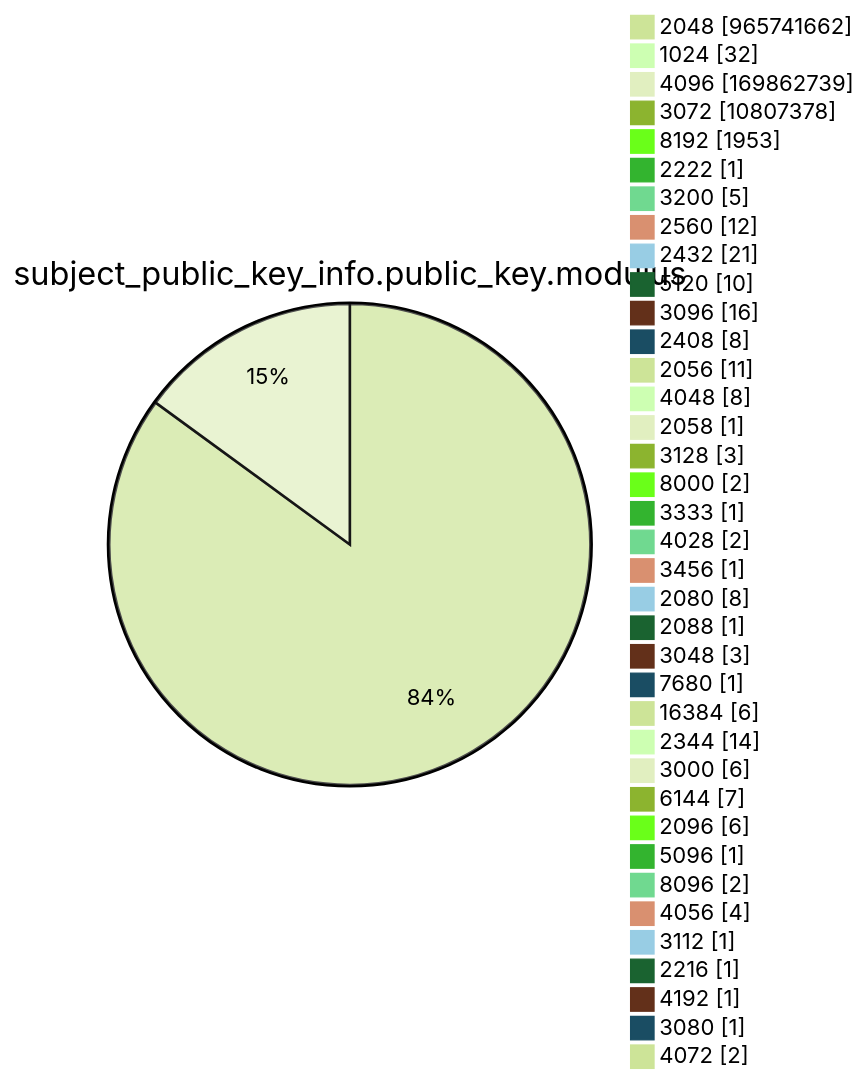
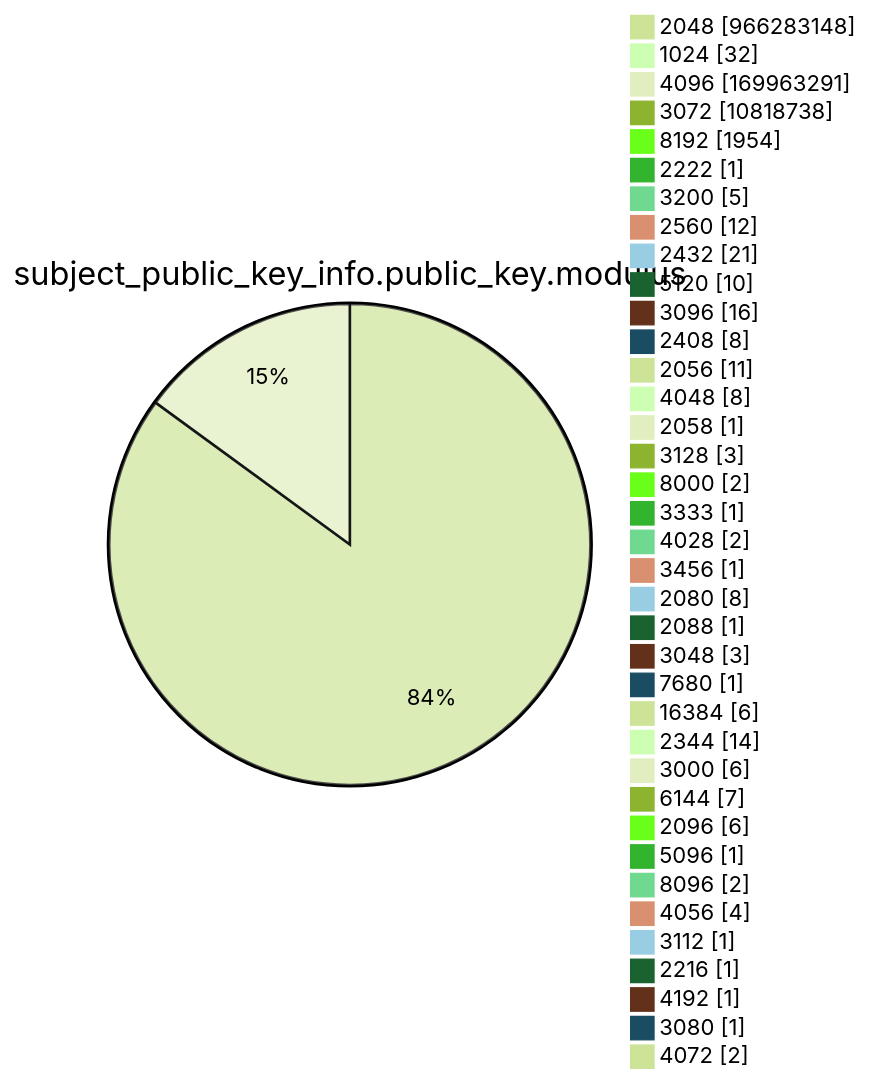
Before and after one commit to christiankrug/ctmonitor_visualization: diagram 13 of 15 in argon2022/README.md, drawn with Mermaid (forest theme). The commit also changed other lines of this file, not shown here.

````diff
--- a/argon2022/README.md
+++ b/argon2022/README.md
@@ -3587,41 +3587,41 @@
 ```mermaid
 pie showData
 title subject_public_key_info.public_key.modulus
-"2048" :965741662
+"2048" :966283148
 "1024" :32
-"4096" :169862739
-"3072" :10807378
-"8192" :1953
+"4096" :169963291
+"3072" :10818738
+"8192" :1954
 "2222" :1
 "3200" :5
 "2560" :12
 "2432" :21
 "5120" :10
 "3096" :16
 "2408" :8
 "2056" :11
 "4048" :8
 "2058" :1
 "3128" :3
 "8000" :2
 "3333" :1
 "4028" :2
 "3456" :1
 "2080" :8
 "2088" :1
 "3048" :3
 "7680" :1
 "16384" :6
 "2344" :14
 "3000" :6
 "6144" :7
 "2096" :6
 "5096" :1
 "8096" :2
 "4056" :4
 "3112" :1
 "2216" :1
 "4192" :1
 "3080" :1
 "4072" :2
 ```
````
